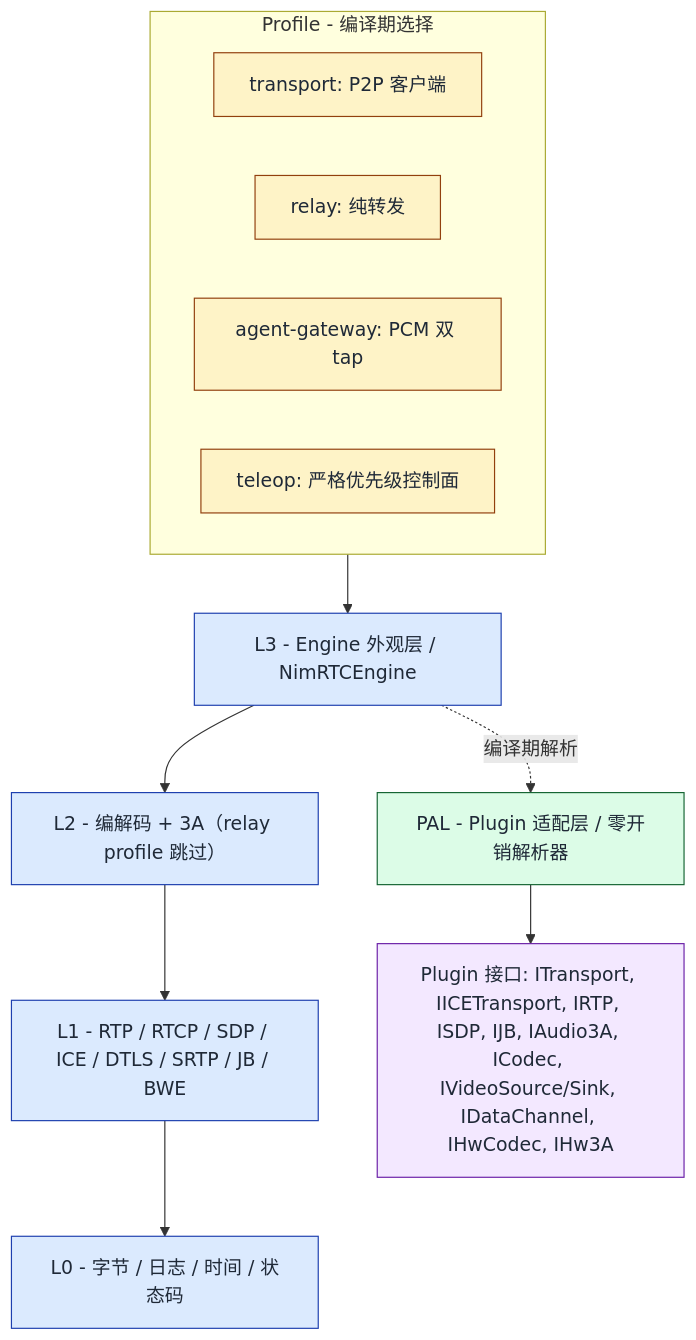
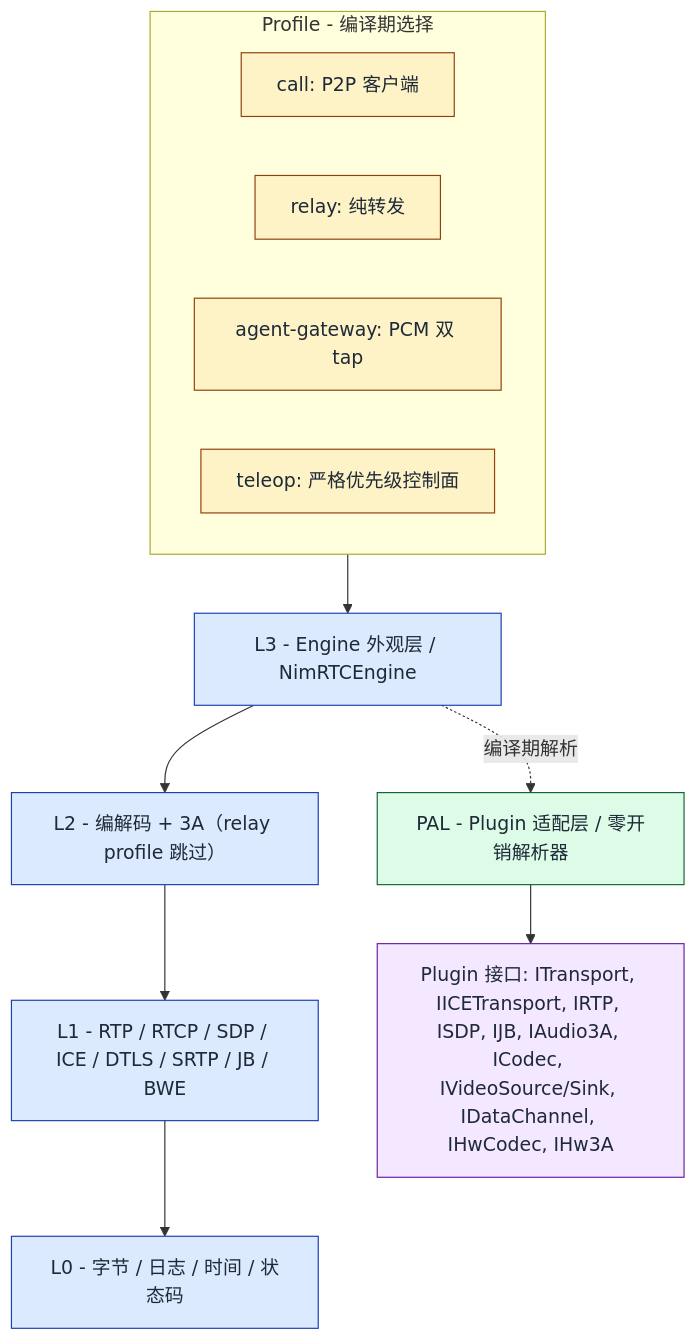
Before and after one commit to NimRTC/nimrtc: the diagram in README.zh.md, drawn with Mermaid. The commit also changed other lines of this file and 2 other files, not shown here.

````diff
--- a/README.zh.md
+++ b/README.zh.md
@@ -286,26 +336,26 @@
 ```mermaid
 flowchart TB
     subgraph PROF["Profile - 编译期选择"]
-        P1["transport: P2P 客户端"]
+        P1["call: P2P 客户端"]
         P2["relay: 纯转发"]
         P3["agent-gateway: PCM 双 tap"]
         P4["teleop: 严格优先级控制面"]
     end
 
     PROF --> L3
     L3["L3 - Engine 外观层 / NimRTCEngine"] --> L2["L2 - 编解码 + 3A（relay profile 跳过）"]
     L2 --> L1["L1 - RTP / RTCP / SDP / ICE / DTLS / SRTP / JB / BWE"]
     L1 --> L0["L0 - 字节 / 日志 / 时间 / 状态码"]
 
     L3 -. 编译期解析 .-> PAL["PAL - Plugin 适配层 / 零开销解析器"]
     PAL --> PLG["Plugin 接口: ITransport, IICETransport, IRTP, ISDP, IJB, IAudio3A, ICodec, IVideoSource/Sink, IDataChannel, IHwCodec, IHw3A"]
 
     classDef profile fill:#fef3c7,stroke:#92400e,color:#1f2937
     classDef layer   fill:#dbeafe,stroke:#1e40af,color:#1f2937
     classDef pal     fill:#dcfce7,stroke:#166534,color:#1f2937
     classDef plugin  fill:#f3e8ff,stroke:#6b21a8,color:#1f2937
     class P1,P2,P3,P4 profile
     class L0,L1,L2,L3 layer
     class PAL pal
     class PLG plugin
 ```
````
